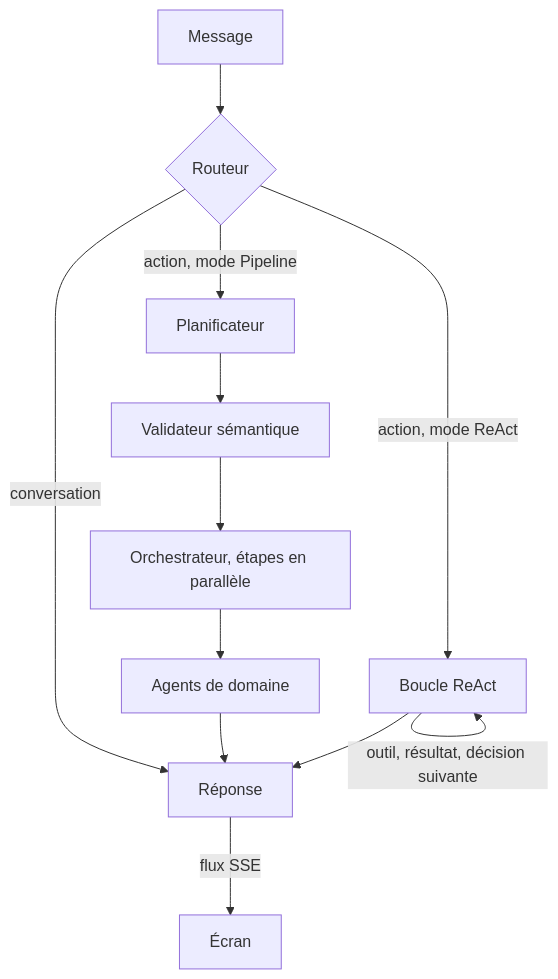
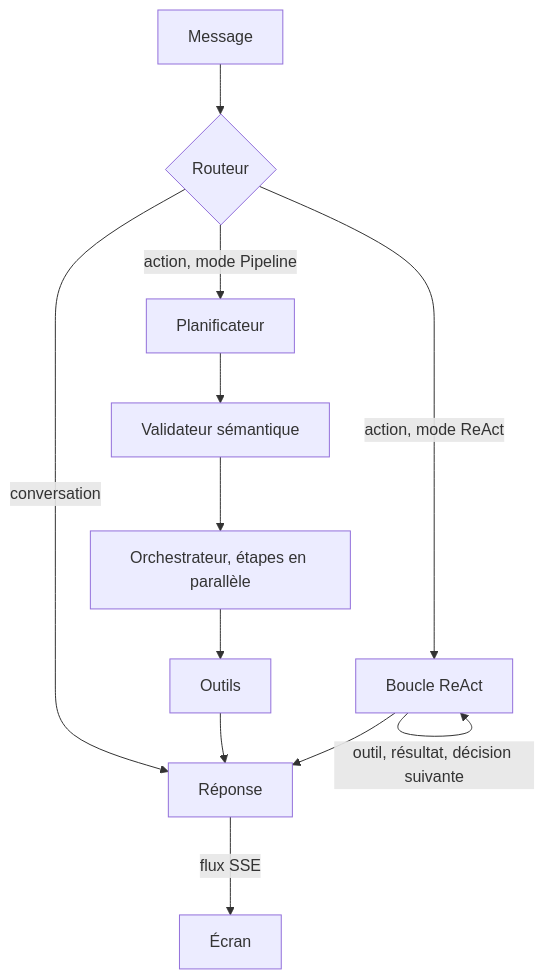
One commit to jgouviergmail/LIA-Assistant changed the second of 4 diagrams in apps/web/src/data/guides/how.fr.md. Above: the diagram before and after it, drawn with Mermaid. The commit also changed other lines of this file and 612 other files, not shown here.

````diff
--- a/apps/web/src/data/guides/how.fr.md
+++ b/apps/web/src/data/guides/how.fr.md
@@ -86,14 +86,14 @@
 ```mermaid
 flowchart TD
     M["Message"] --> R{"Routeur"}
     R -->|"conversation"| S["Réponse"]
     R -->|"action, mode Pipeline"| P["Planificateur"]
     P --> V["Validateur sémantique"]
     V --> O["Orchestrateur, étapes en parallèle"]
-    O --> A["Agents de domaine"]
+    O --> A["Outils"]
     A --> S
     R -->|"action, mode ReAct"| L["Boucle ReAct"]
     L -->|"outil, résultat, décision suivante"| L
     L --> S
     S -->|"flux SSE"| U["Écran"]
 ```
````
